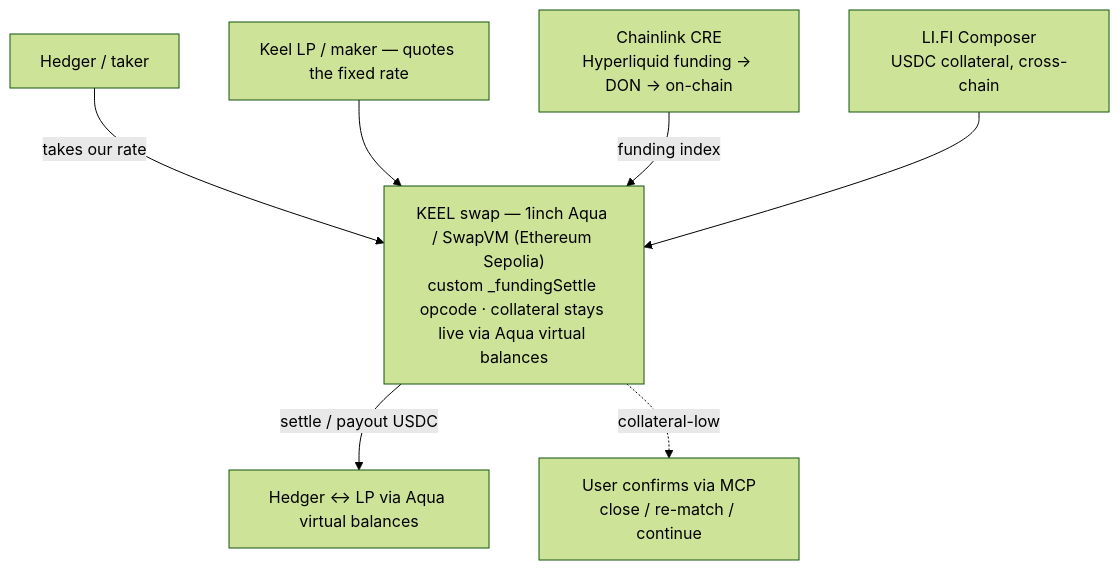
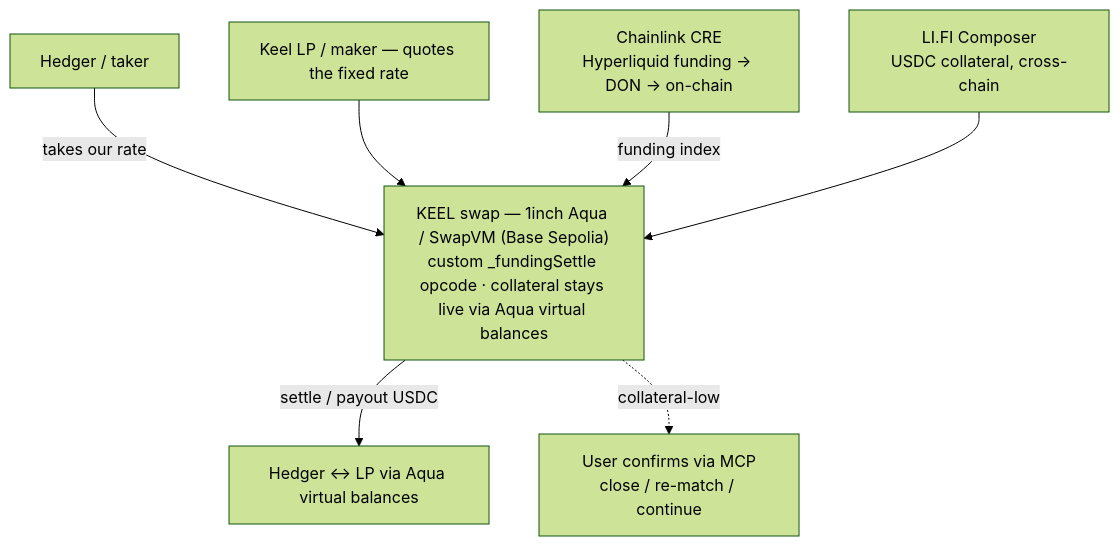
Before and after one commit to 0xYudhishthra/TenorFi: the first of 2 diagrams in README.md, drawn with Mermaid (forest theme). The commit also changed other lines of this file and 6 other files, not shown here.

First line of the commit message:
chore: switch deploy target to Base Sepolia (LI.FI Composer is on Base Sepolia)

````diff
--- a/README.md
+++ b/README.md
@@ -50,10 +50,10 @@
 ```mermaid
 flowchart TB
     HEDGER["Hedger / taker"] -->|takes our rate| KEEL
     LP["Keel LP / maker — quotes the fixed rate"] --> KEEL
     CRE["Chainlink CRE<br/>Hyperliquid funding → DON → on-chain"] -->|funding index| KEEL
     LIFI["LI.FI Composer<br/>USDC collateral, cross-chain"] --> KEEL
-    KEEL["KEEL swap — 1inch Aqua / SwapVM (Ethereum Sepolia)<br/>custom _fundingSettle opcode · collateral stays live via Aqua virtual balances"]
+    KEEL["KEEL swap — 1inch Aqua / SwapVM (Base Sepolia)<br/>custom _fundingSettle opcode · collateral stays live via Aqua virtual balances"]
     KEEL -->|settle / payout USDC| OUT["Hedger ↔ LP via Aqua virtual balances"]
     KEEL -.->|collateral-low| BRINK["User confirms via MCP<br/>close / re-match / continue"]
 ```
````
